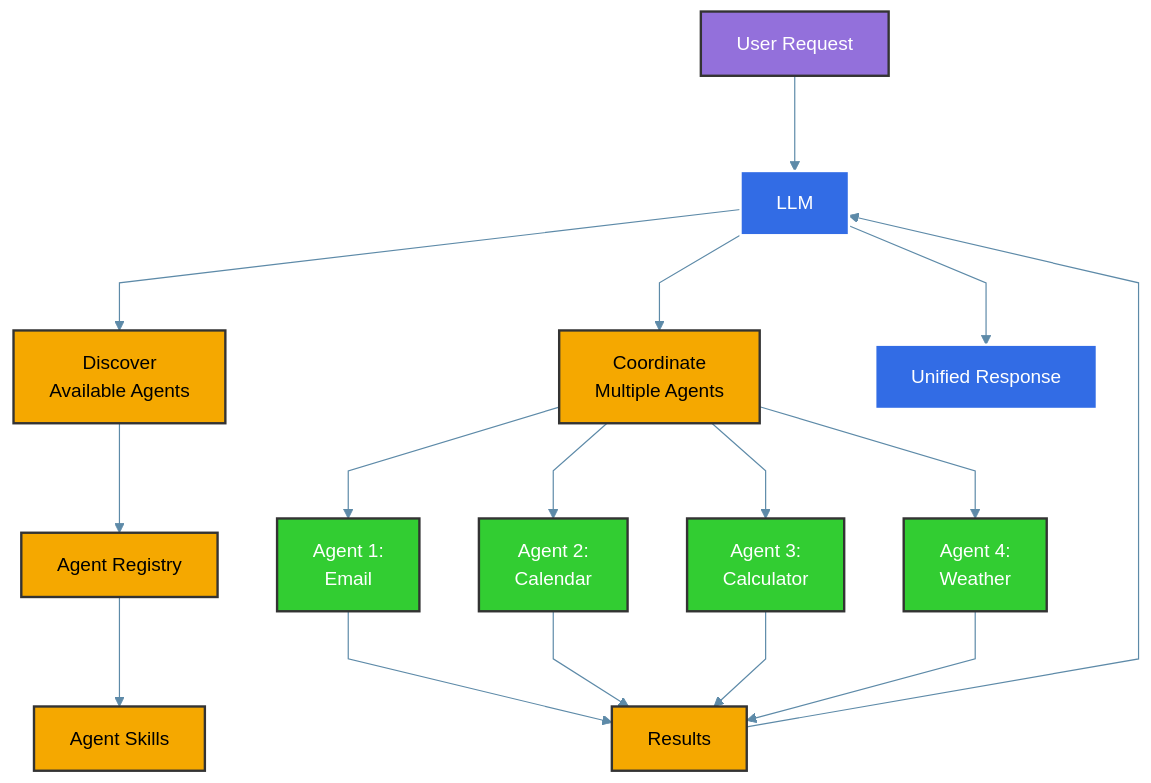
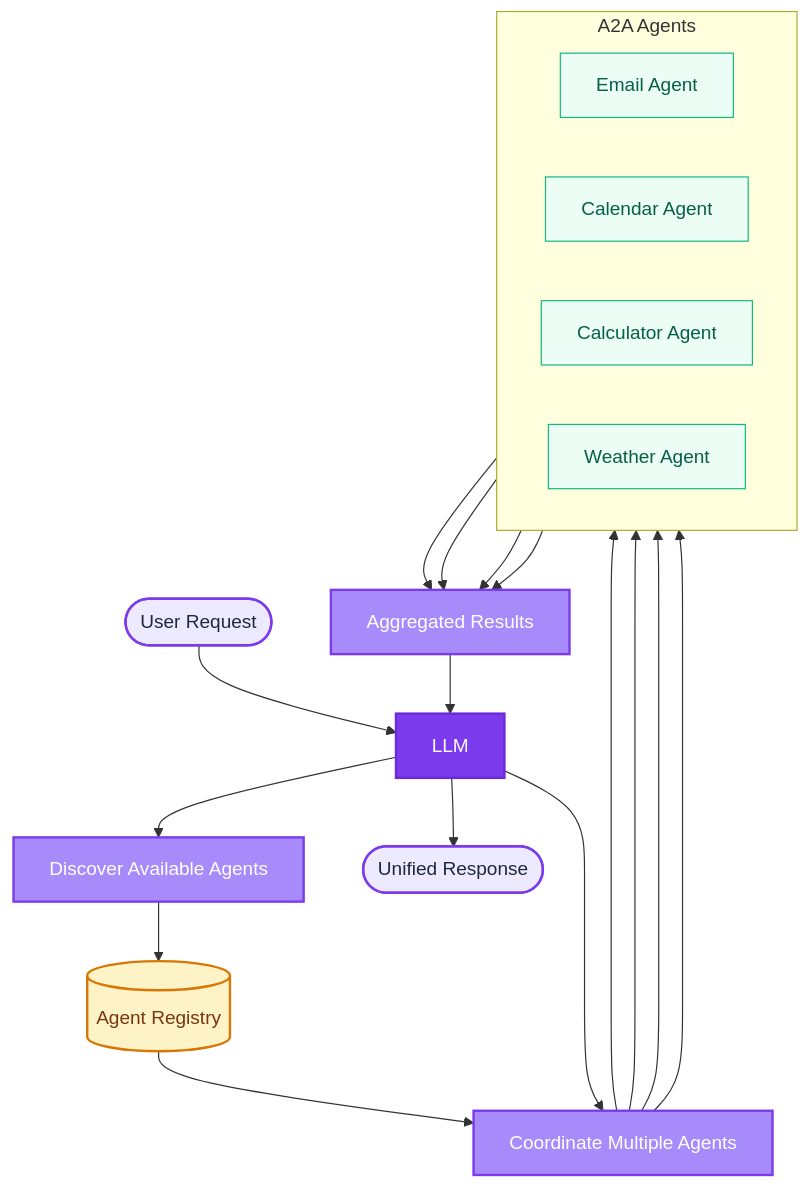
One commit to inference-gateway/docs changed the diagram in a2a.md. Above: the diagram before and after it, drawn with Mermaid. The commit also changed 4 other files, not shown here.

First line of the commit message:
style(docs): Polish Mermaid diagrams across architecture, MCP, A2A

````diff
--- a/a2a.md
+++ b/a2a.md
@@ -25,30 +25,48 @@
 ```mermaid
-%%{init: {'theme': 'base', 'themeVariables': { 'primaryColor': '#326CE5', 'primaryTextColor': '#fff', 'lineColor': '#5D8AA8', 'secondaryColor': '#006100' }, 'flowchart': { 'nodeSpacing': 50, 'rankSpacing': 80, 'curve': 'linear' }}}%%
+flowchart TD
+    User(["User Request"])
+    LLM["LLM"]
+    Discover["Discover Available Agents"]
+    Registry[("Agent Registry")]
+    Coord["Coordinate Multiple Agents"]
+    Results["Aggregated Results"]
+    Reply(["Unified Response"])
 
-graph TD
-    A[User Request] --> B[LLM]
-    B --> C[Discover<br/>Available Agents]
-    C --> D[Agent Registry]
-    D --> E[Agent Skills]
-    B --> F[Coordinate<br/>Multiple Agents]
-    F --> G[Agent 1:<br/>Email]
-    F --> H[Agent 2:<br/>Calendar]
-    F --> I[Agent 3:<br/>Calculator]
-    F --> J[Agent 4:<br/>Weather]
-    G --> K[Results]
-    H --> K
-    I --> K
-    J --> K
-    K --> B
-    B --> L[Unified Response]
+    User --> LLM
+    LLM --> Discover
+    Discover --> Registry
+    Registry --> Coord
+    LLM --> Coord
 
-    classDef user fill:#9370DB,stroke:#333,stroke-width:2px,color:white;
-    classDef llm fill:#326CE5,stroke:#fff,stroke-width:2px,color:white;
-    classDef agent fill:#32CD32,stroke:#333,stroke-width:2px,color:white;
-    classDef system fill:#F5A800,stroke:#333,stroke-width:2px,color:black;
+    subgraph Agents["A2A Agents"]
+        direction LR
+        Email["Email Agent"]
+        Calendar["Calendar Agent"]
+        Calc["Calculator Agent"]
+        Weather["Weather Agent"]
+    end
 
-    class A user;
-    class B,L llm;
-    class G,H,I,J agent;
-    class C,D,E,F,K system;
+    Coord --> Email
+    Coord --> Calendar
+    Coord --> Calc
+    Coord --> Weather
+
+    Email --> Results
+    Calendar --> Results
+    Calc --> Results
+    Weather --> Results
+    Results --> LLM
+    LLM --> Reply
+
+    classDef user fill:#ede9fe,stroke:#7c3aed,stroke-width:2px,color:#1f2937
+    classDef llm fill:#7c3aed,stroke:#6d28d9,stroke-width:2px,color:#ffffff
+    classDef system fill:#a78bfa,stroke:#7c3aed,stroke-width:2px,color:#ffffff
+    classDef registry fill:#fef3c7,stroke:#d97706,stroke-width:2px,color:#78350f
+    classDef agent fill:#ecfdf5,stroke:#10b981,stroke-width:1px,color:#065f46
+
+    class User,Reply user
+    class LLM llm
+    class Discover,Coord,Results system
+    class Registry registry
+    class Email,Calendar,Calc,Weather agent
 ```
````
